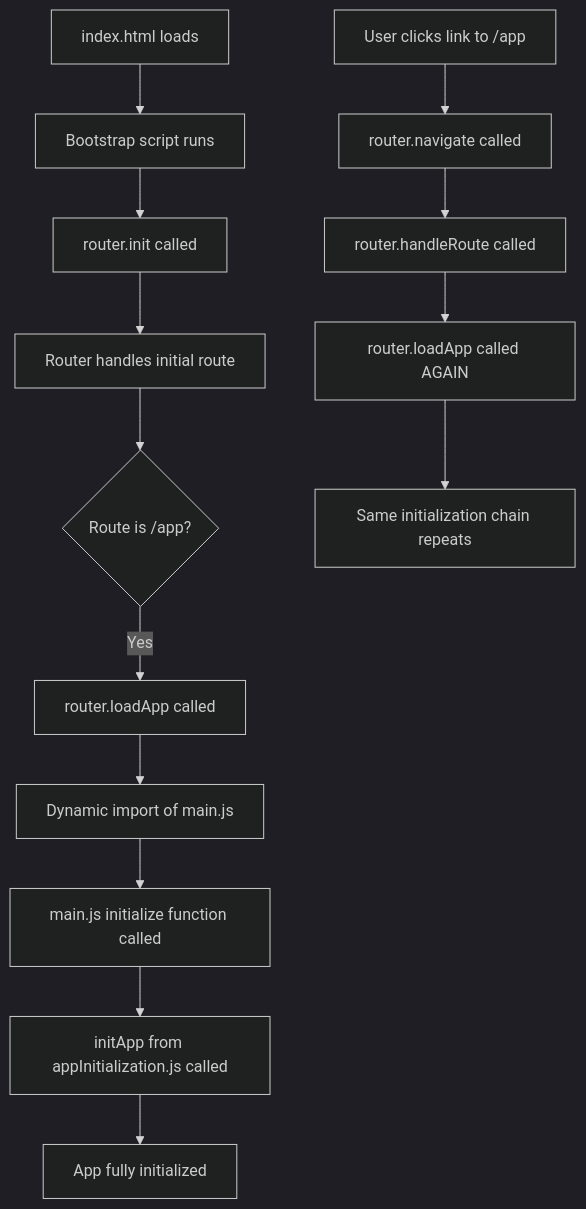
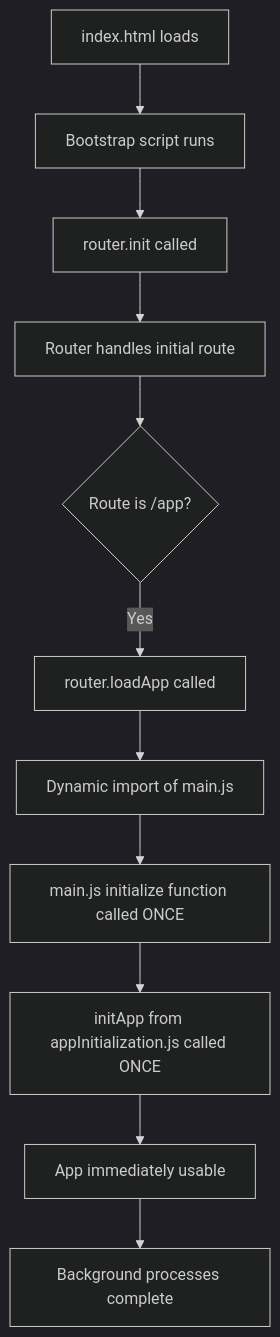
Before and after one commit to TayMcQuaya/AudioBook-Organizer: the diagram in DOUBLE_INITIALIZATION_ROOT_CAUSE_ANALYSIS.md, drawn with Mermaid (dark theme). The commit also changed other lines of this file and 5 other files, not shown here.

````diff
--- a/DOUBLE_INITIALIZATION_ROOT_CAUSE_ANALYSIS.md
+++ b/DOUBLE_INITIALIZATION_ROOT_CAUSE_ANALYSIS.md
@@ -31,17 +259,13 @@
 ```mermaid
 graph TD
     A[index.html loads] --> B[Bootstrap script runs]
     B --> C[router.init called]
     C --> D[Router handles initial route]
     D --> E{Route is /app?}
     E -->|Yes| F[router.loadApp called]
     F --> G[Dynamic import of main.js]
-    G --> H[main.js initialize function called]
-    H --> I[initApp from appInitialization.js called]
-    I --> J[App fully initialized]
-    
-    K[User clicks link to /app] --> L[router.navigate called]
-    L --> M[router.handleRoute called]
-    M --> N[router.loadApp called AGAIN]
-    N --> O[Same initialization chain repeats]
+    G --> H[main.js initialize function called ONCE]
+    H --> I[initApp from appInitialization.js called ONCE]
+    I --> J[App immediately usable]
+    J --> K[Background processes complete]
 ```
````
